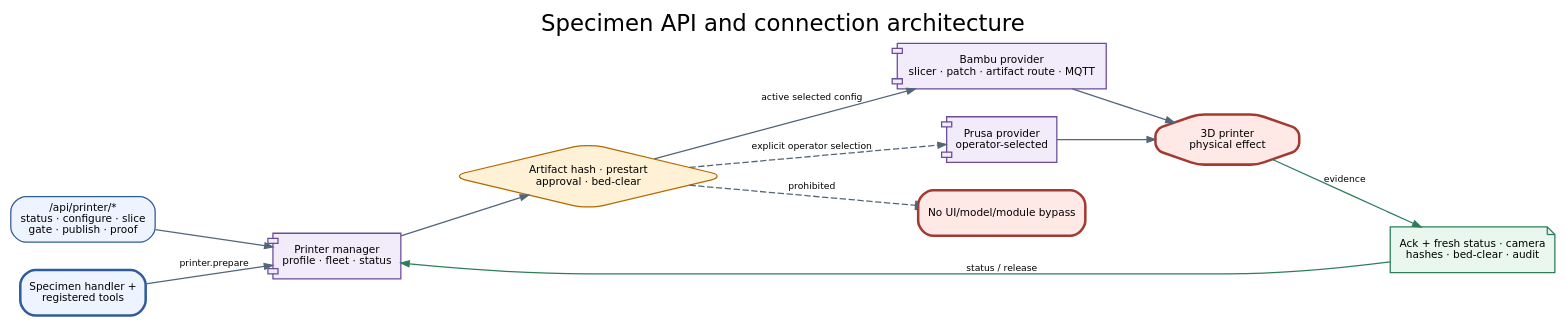
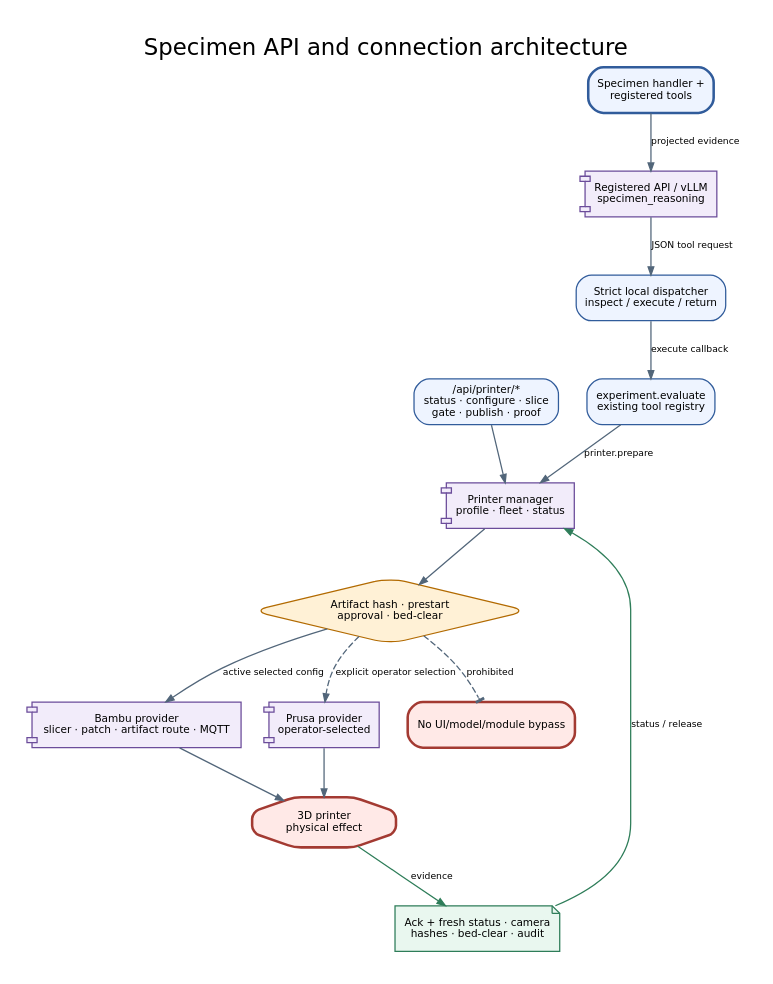
One commit to JIN9811/autonomous_researcher changed the diagram in docs/agents/assets/figures/specimen_03_api_connection_architecture.dot. Above: the diagram before and after it, drawn with Graphviz. The commit also changed 21 other files, not shown here.

Commit message:
feat(specimen): add bounded fabrication decision and tool dispatch

```diff
--- a/docs/agents/assets/figures/specimen_03_api_connection_architecture.dot
+++ b/docs/agents/assets/figures/specimen_03_api_connection_architecture.dot
@@ -1,24 +1,30 @@
 digraph specimen_api_connection_architecture {
-  graph [rankdir=LR, bgcolor="transparent", pad="0.25", nodesep="0.30", ranksep="0.52", fontname="DejaVu Sans", label="Specimen API and connection architecture", labelloc="t", fontsize=18];
+  graph [rankdir=TB, bgcolor="white", pad="0.25", nodesep="0.30", ranksep="0.52", fontname="DejaVu Sans", label="Specimen API and connection architecture", labelloc="t", fontsize=18];
   node [shape=box, style="rounded,filled", fillcolor="#EEF4FF", color="#315C9B", fontname="DejaVu Sans", fontsize=8.3, margin="0.09,0.06"];
   edge [color="#52667A", fontname="DejaVu Sans", fontsize=7.3, arrowsize=0.65];
   api [label="/api/printer/*\nstatus · configure · slice\ngate · publish · proof"];
   agent [label="Specimen handler +\nregistered tools", penwidth=2];
+  model [label="Registered API / vLLM\nspecimen_reasoning", shape=component, fillcolor="#F2ECFA", color="#6B4C9A"];
+  dispatch [label="Strict local dispatcher\ninspect / execute / return"];
+  runtime [label="experiment.evaluate\nexisting tool registry"];
   manager [label="Printer manager\nprofile · fleet · status", shape=component, fillcolor="#F2ECFA", color="#6B4C9A"];
   gates [label="Artifact hash · prestart\napproval · bed-clear", shape=diamond, fillcolor="#FFF1D6", color="#B26A00"];
   bambu [label="Bambu provider\nslicer · patch · artifact route · MQTT", shape=component, fillcolor="#F2ECFA", color="#6B4C9A"];
   prusa [label="Prusa provider\noperator-selected", shape=component, fillcolor="#F2ECFA", color="#6B4C9A"];
   device [label="3D printer\nphysical effect", shape=octagon, fillcolor="#FFE9E7", color="#A33A32", penwidth=2];
   proof [label="Ack + fresh status · camera\nhashes · bed-clear · audit", shape=note, fillcolor="#E9F7EF", color="#2E7D59"];
   blocked [label="No UI/model/module bypass", fillcolor="#FFE9E7", color="#A33A32", penwidth=2];
   api -> manager;
-  agent -> manager [label="printer.prepare"];
+  agent -> model [label="projected evidence"];
+  model -> dispatch [label="JSON tool request"];
+  dispatch -> runtime [label="execute callback"];
+  runtime -> manager [label="printer.prepare"];
   manager -> gates;
   gates -> bambu [label="active selected config"];
   gates -> prusa [style=dashed, label="explicit operator selection"];
   bambu -> device;
   prusa -> device;
   device -> proof [label="evidence", color="#2E7D59"];
   proof -> manager [label="status / release", color="#2E7D59"];
   gates -> blocked [style=dashed, arrowhead=tee, label="prohibited"];
 }
```
